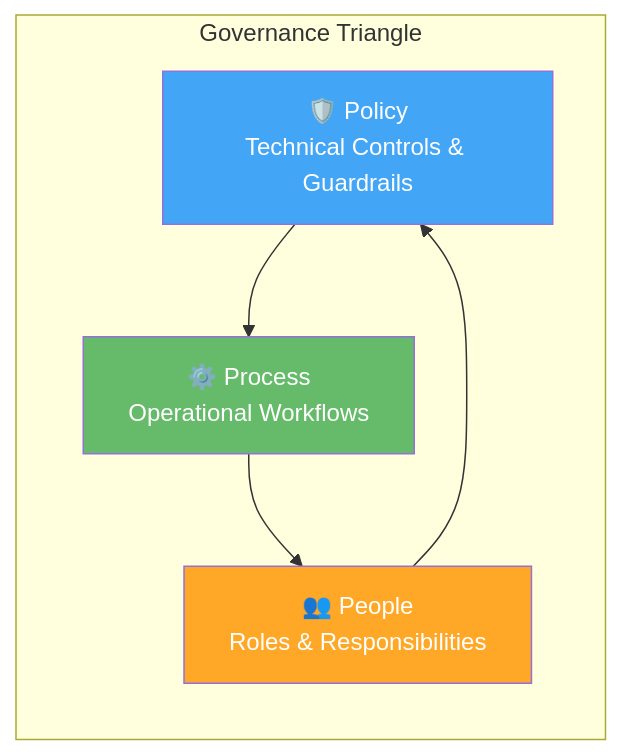
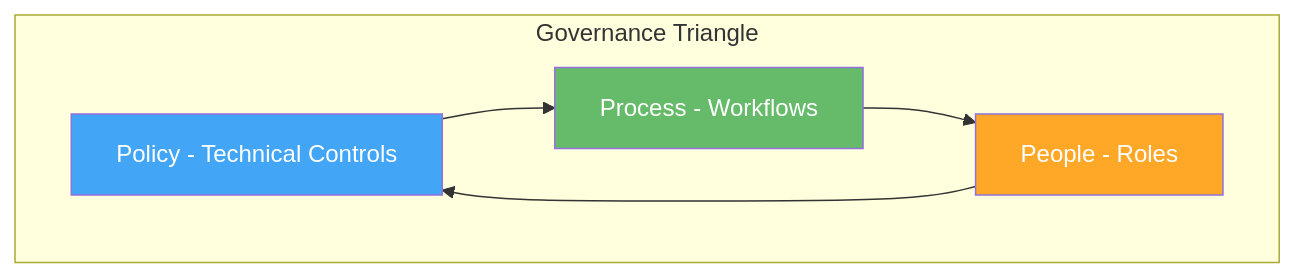
Before and after one commit to judeper/FSI-AgentGov: the second of 3 diagrams in docs/getting-started/overview.md, drawn with Mermaid. The commit also changed other lines of this file and 10 other files, not shown here.

````diff
--- a/docs/getting-started/overview.md
+++ b/docs/getting-started/overview.md
@@ -131,17 +131,16 @@
 ```mermaid
 graph TB
     subgraph Triangle["Governance Triangle"]
-        direction TB
-        Policy["🛡️ Policy<br/>Technical Controls & Guardrails"]
-        Process["⚙️ Process<br/>Operational Workflows"]
-        People["👥 People<br/>Roles & Responsibilities"]
+        Policy[Policy - Technical Controls]
+        Process[Process - Workflows]
+        People[People - Roles]
     end
 
     Policy --> Process
     Process --> People
     People --> Policy
 
     style Policy fill:#42A5F5,color:#fff
     style Process fill:#66BB6A,color:#fff
     style People fill:#FFA726,color:#fff
 ```
````
